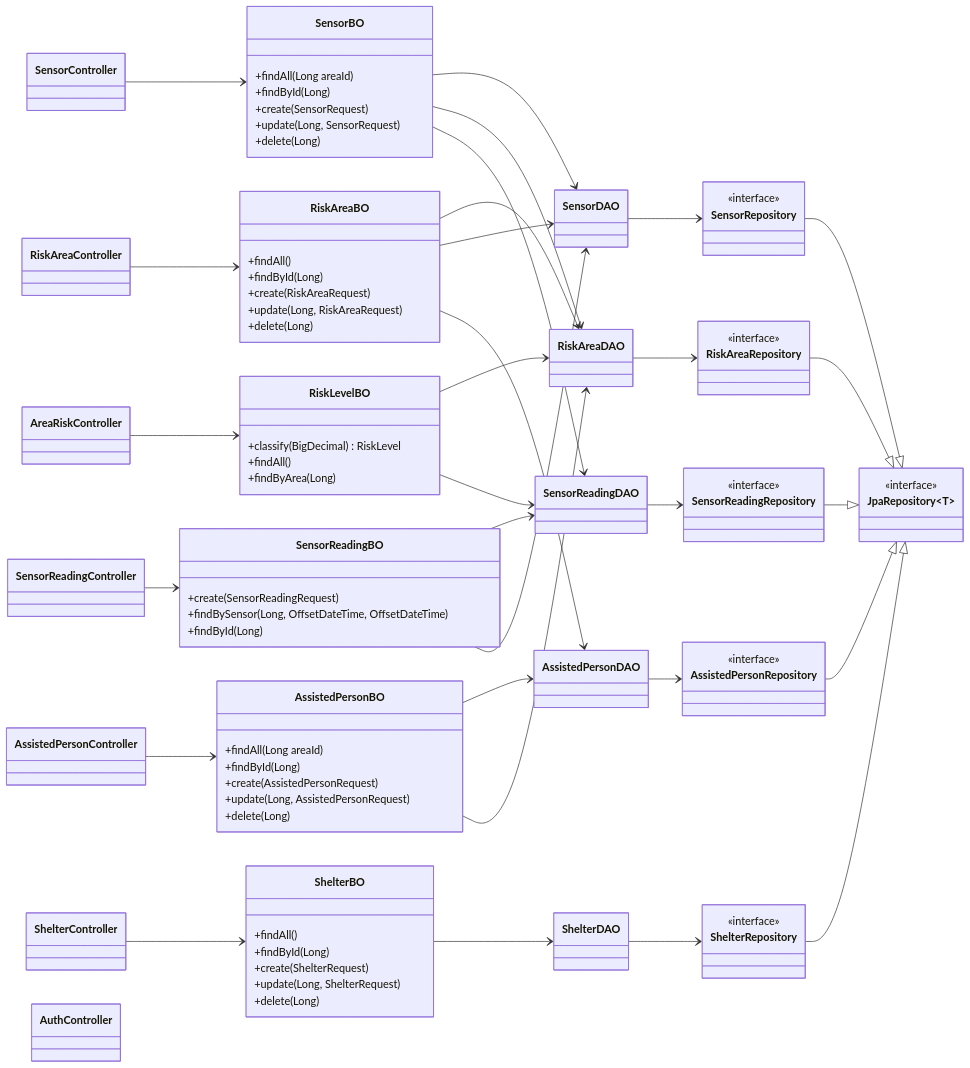
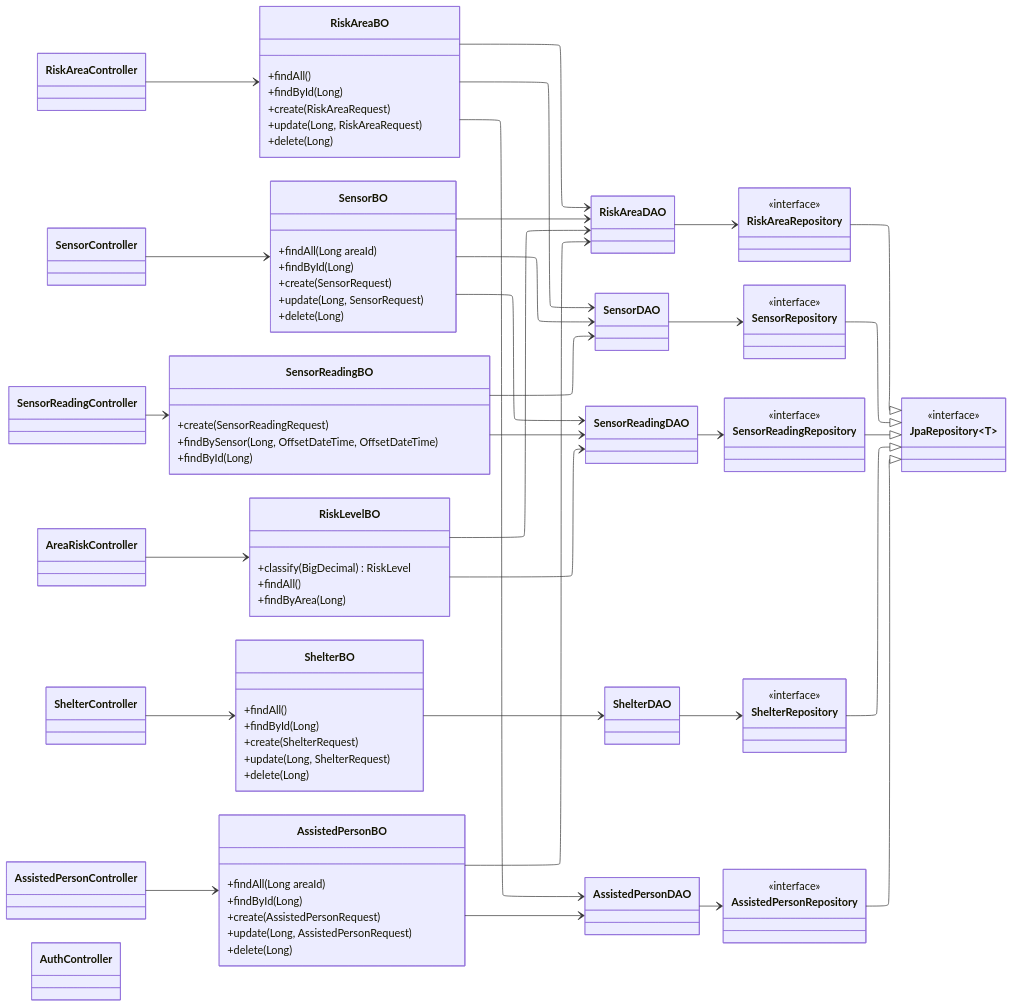
Before and after one commit to Kelwinnn/Global-Solution---Rota-Segura-DDD-Java: the second of 4 diagrams in docs/class-diagram.md, drawn with Mermaid. The commit also changed other lines of this file and 6 other files, not shown here.

Commit message:
docs: imagens dos diagramas, modelo do Data Modeler, especificação de DDD Java e apresentação de Database

````diff
--- a/docs/class-diagram.md
+++ b/docs/class-diagram.md
@@ -122,4 +126,8 @@
 ```mermaid
+---
+config:
+  layout: elk
+---
 classDiagram
     direction LR
 
````
